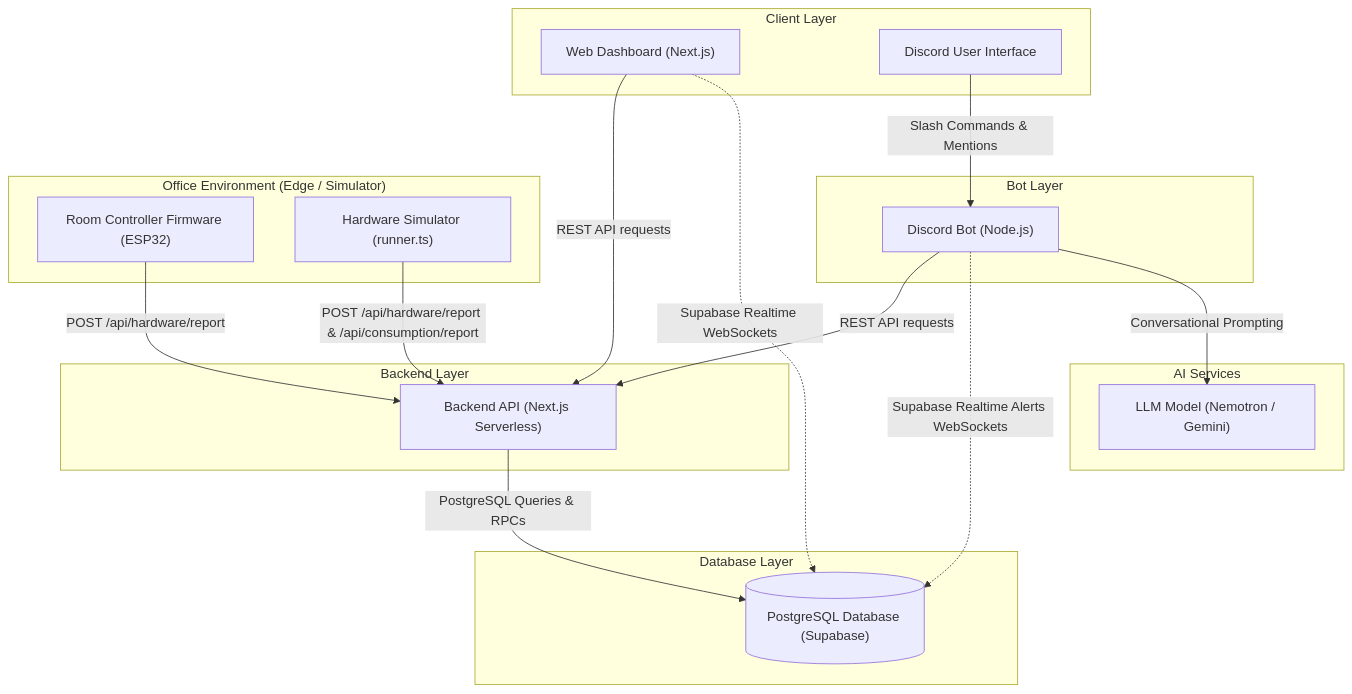
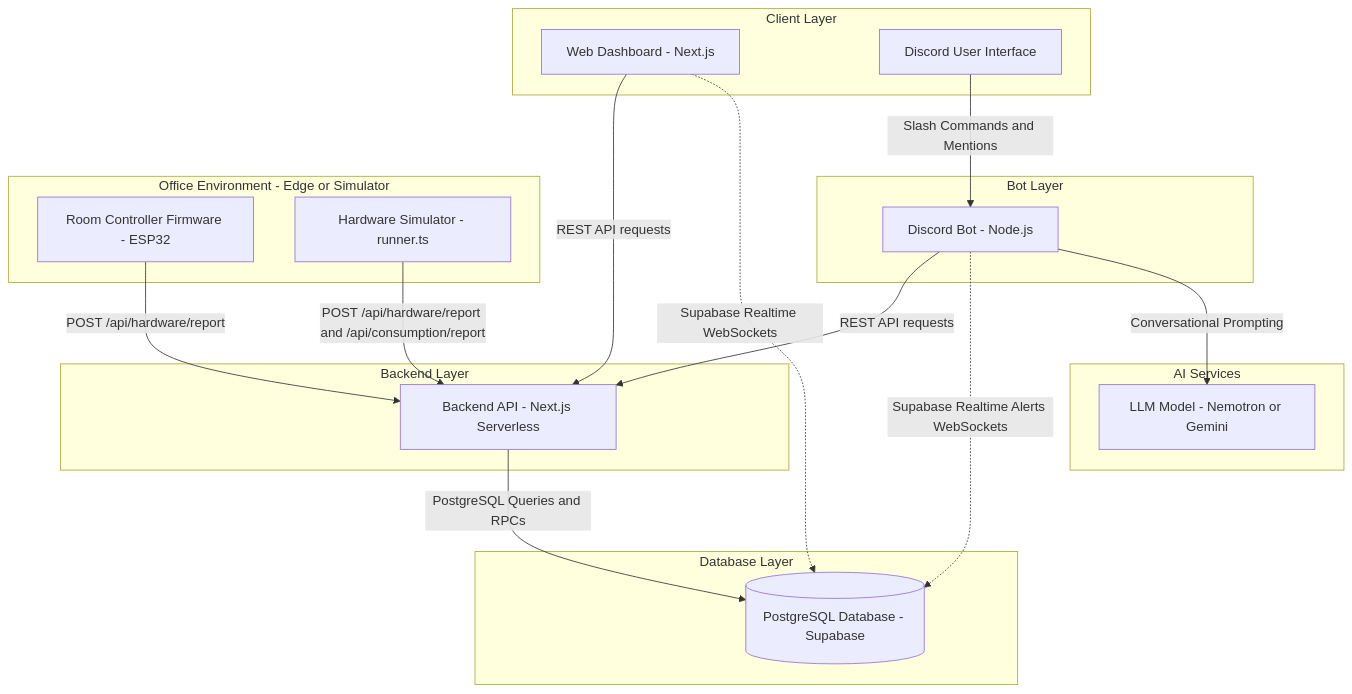
The first of 6 diagrams in README.md (AtlasRoX/Techathon-Preli), drawn with Mermaid before and after one commit. The commit also changed other lines of this file, not shown here.

Commit message:
docs: fix mermaid diagrams syntax for markdown compatibility

````diff
--- a/README.md
+++ b/README.md
@@ -37,39 +37,39 @@
 ```mermaid
 flowchart TB
     subgraph ClientLayer ["Client Layer"]
-        Dashboard["Web Dashboard (Next.js)"]
+        Dashboard["Web Dashboard - Next.js"]
         DiscordClient["Discord User Interface"]
     end
 
     subgraph BotLayer ["Bot Layer"]
-        DiscordBot["Discord Bot (Node.js)"]
+        DiscordBot["Discord Bot - Node.js"]
     end
 
     subgraph ApiLayer ["Backend Layer"]
-        Backend["Backend API (Next.js Serverless)"]
+        Backend["Backend API - Next.js Serverless"]
     end
 
     subgraph DBStore ["Database Layer"]
-        DB[("PostgreSQL Database (Supabase)")]
+        DB[(PostgreSQL Database - Supabase)]
     end
 
     subgraph AIProviders ["AI Services"]
-        LLM["LLM Model (Nemotron / Gemini)"]
+        LLM["LLM Model - Nemotron or Gemini"]
     end
 
-    subgraph EdgeLayer ["Office Environment (Edge / Simulator)"]
-        ESP32Firmware["Room Controller Firmware (ESP32)"]
-        Simulator["Hardware Simulator (runner.ts)"]
+    subgraph EdgeLayer ["Office Environment - Edge or Simulator"]
+        ESP32Firmware["Room Controller Firmware - ESP32"]
+        Simulator["Hardware Simulator - runner.ts"]
     end
 
     %% Interactions
     Dashboard -->|REST API requests| Backend
     Dashboard -.->|Supabase Realtime WebSockets| DB
-    DiscordClient -->|Slash Commands & Mentions| DiscordBot
+    DiscordClient -->|Slash Commands and Mentions| DiscordBot
     DiscordBot -->|REST API requests| Backend
     DiscordBot -.->|Supabase Realtime Alerts WebSockets| DB
     DiscordBot -->|Conversational Prompting| LLM
     ESP32Firmware -->|POST /api/hardware/report| Backend
-    Simulator -->|POST /api/hardware/report & /api/consumption/report| Backend
-    Backend -->|PostgreSQL Queries & RPCs| DB
+    Simulator -->|POST /api/hardware/report and /api/consumption/report| Backend
+    Backend -->|PostgreSQL Queries and RPCs| DB
 ```
````
